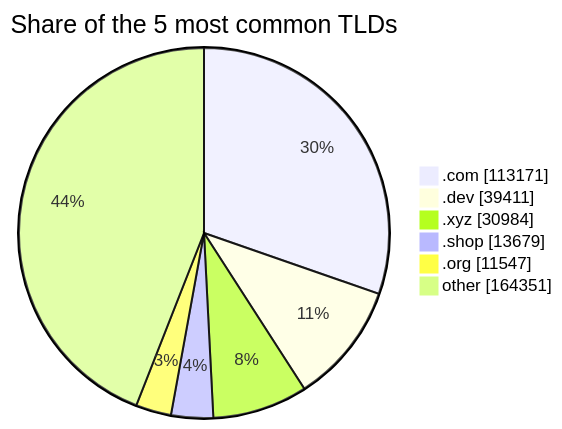
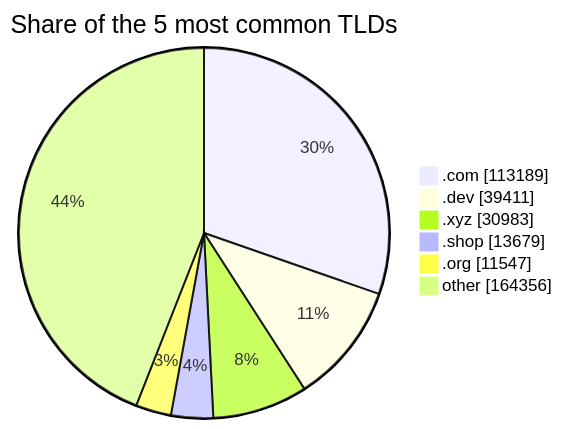
One commit to DNSBunker/CTI changed the third of 3 diagrams in README.md. Above: the diagram before and after it, drawn with Mermaid. The commit also changed other lines of this file and 3 other files, not shown here.

````diff
--- a/README.md
+++ b/README.md
@@ -81,9 +81,9 @@
 ```mermaid
 pie showData title Share of the 5 most common TLDs
-    ".com" : 113171
+    ".com" : 113189
     ".dev" : 39411
-    ".xyz" : 30984
+    ".xyz" : 30983
     ".shop" : 13679
     ".org" : 11547
-    "other" : 164351
+    "other" : 164356
 ```
````
